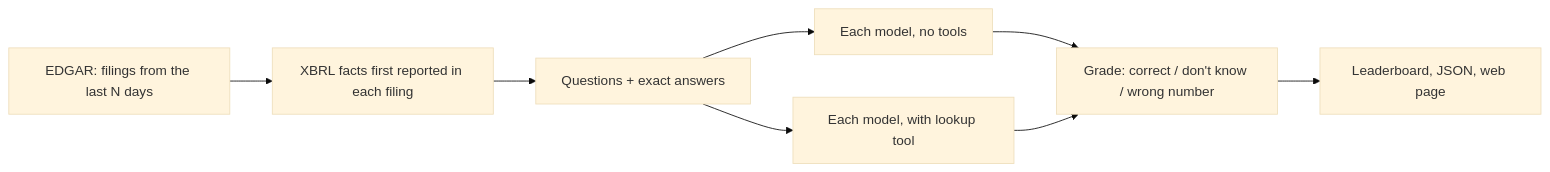
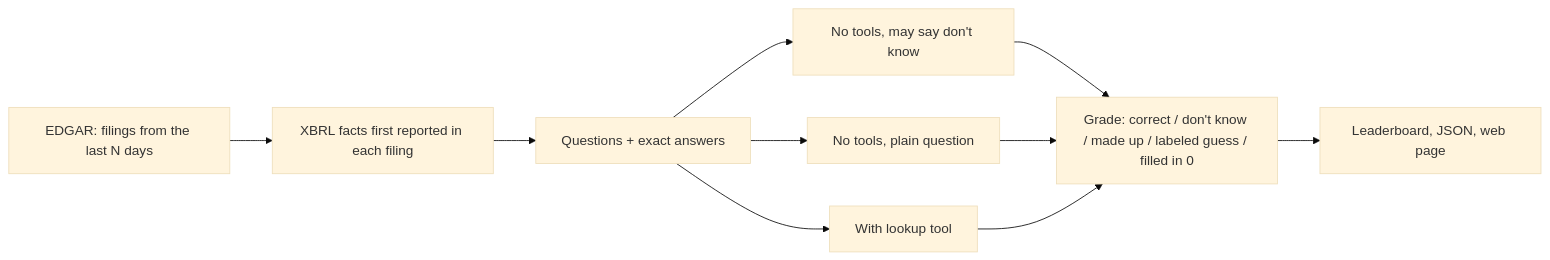
One commit to satya764/freshfin changed the diagram in README.md. Above: the diagram before and after it, drawn with Mermaid (base theme). The commit also changed other lines of this file and 10 other files, not shown here.

````diff
--- a/README.md
+++ b/README.md
@@ -30,10 +68,12 @@
 ```mermaid
 flowchart LR
     E[EDGAR: filings from the last N days] --> F[XBRL facts first reported in each filing]
     F --> Q[Questions + exact answers]
-    Q --> C[Each model, no tools]
-    Q --> T[Each model, with lookup tool]
-    C --> G[Grade: correct / don't know / wrong number]
+    Q --> C[No tools, may say don't know]
+    Q --> P[No tools, plain question]
+    Q --> T[With lookup tool]
+    C --> G[Grade: correct / don't know / made up / labeled guess / filled in 0]
+    P --> G
     T --> G
     G --> R[Leaderboard, JSON, web page]
 ```
````
